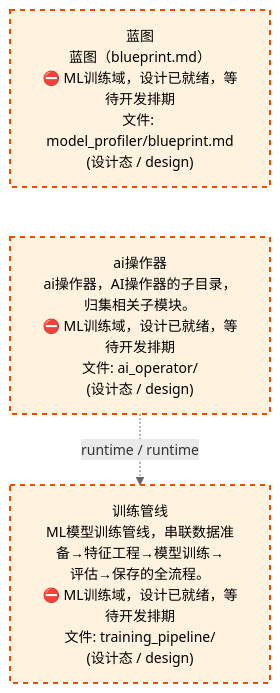
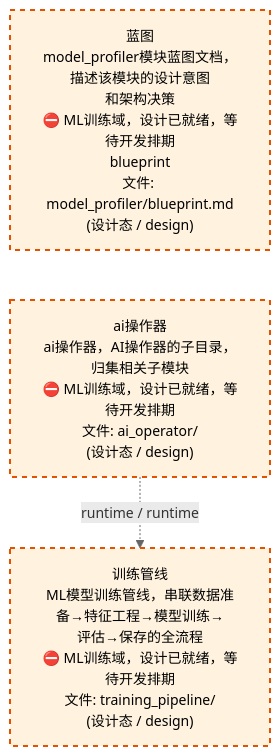
One commit to xuanFelixVan/ZephyrAlpha changed the third of 4 diagrams in docs/02_enterprise_architecture/02_domain_architecture_docs/61_d_ml_train.md. Above: the diagram before and after it, drawn with Mermaid. The commit also changed other lines of this file and 62 other files, not shown here.

````diff
--- a/docs/02_enterprise_architecture/02_domain_architecture_docs/61_d_ml_train.md
+++ b/docs/02_enterprise_architecture/02_domain_architecture_docs/61_d_ml_train.md
@@ -119,14 +119,14 @@
 ```mermaid
 %%{init: {'theme': 'base', 'themeVariables': {'primaryColor': '#eaeaea', 'primaryTextColor': '#333333', 'primaryBorderColor': '#666666', 'lineColor': '#666666', 'secondaryColor': '#eaeaea', 'tertiaryColor': '#eaeaea', 'fontSize': '14px'}}}%%
 flowchart TD
-    docs_03_modules_cross_layer_model_profiler_blueprint_md["蓝图<br/>蓝图（blueprint.md）<br/>⛔ ML训练域，设计已就绪，等待开发排期<br/>文件: model_profiler/blueprint.md<br/>(设计态 / design)"]
-    src_zephyr_ml_train_ai_operator["ai操作器<br/>ai操作器，AI操作器的子目录，归集相关子模块。<br/>⛔ ML训练域，设计已就绪，等待开发排期<br/>文件: ai_operator/<br/>(设计态 / design)"]
+    docs_03_modules_cross_layer_model_profiler_blueprint_md["蓝图<br/>model_profiler模块蓝图文档，描述该模块的设计意图<br/>和架构决策<br/>⛔ ML训练域，设计已就绪，等待开发排期<br/>blueprint<br/>文件: model_profiler/blueprint.md<br/>(设计态 / design)"]
+    src_zephyr_ml_train_ai_operator["ai操作器<br/>ai操作器，AI操作器的子目录，归集相关子模块<br/>⛔ ML训练域，设计已就绪，等待开发排期<br/>文件: ai_operator/<br/>(设计态 / design)"]
     docs_03_modules_cross_layer_model_profiler_blueprint_md ~~~ src_zephyr_ml_train_ai_operator
-    src_zephyr_ml_train_training_pipeline["训练管线<br/>ML模型训练管线，串联数据准备→特征工程→模型训练→<br/>评估→保存的全流程。<br/>⛔ ML训练域，设计已就绪，等待开发排期<br/>文件: training_pipeline/<br/>(设计态 / design)"]
+    src_zephyr_ml_train_training_pipeline["训练管线<br/>ML模型训练管线，串联数据准备→特征工程→模型训练→<br/>评估→保存的全流程<br/>⛔ ML训练域，设计已就绪，等待开发排期<br/>文件: training_pipeline/<br/>(设计态 / design)"]
     src_zephyr_ml_train_ai_operator -.->|runtime / runtime| src_zephyr_ml_train_training_pipeline
     classDef production fill:#e1f5fe,stroke:#01579b,stroke-width:2px,color:#000
     classDef design fill:#fff3e0,stroke:#e65100,stroke-width:2px,color:#000,stroke-dasharray: 5 5
     classDef external_prod fill:#e8f4fd,stroke:#0277bd,stroke-width:1px,color:#000
     classDef external_design fill:#fff8e7,stroke:#ef6c00,stroke-width:1px,color:#000,stroke-dasharray: 5 5
     class docs_03_modules_cross_layer_model_profiler_blueprint_md,src_zephyr_ml_train_ai_operator,src_zephyr_ml_train_training_pipeline design
 ```
````
